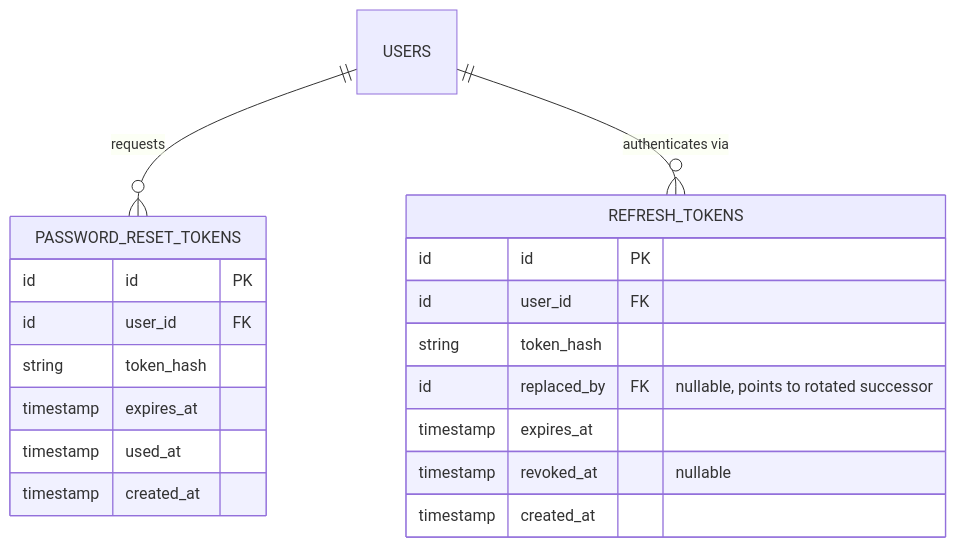
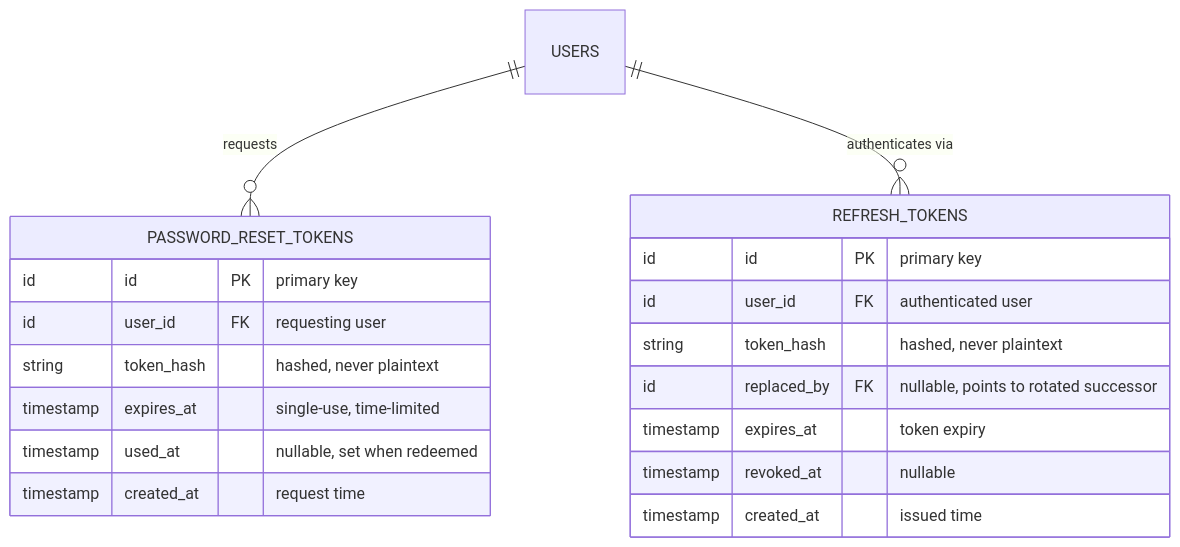
The fourth of 14 diagrams in DESIGN.md (eweinmanepam/Remediation-Engineer-Sample-Application), drawn with Mermaid before and after one commit. The commit also changed other lines of this file, not shown here.

First line of the commit message:
Fix "svg element not in render tree" by commenting every ER attribute

````diff
--- a/DESIGN.md
+++ b/DESIGN.md
@@ -292,24 +292,24 @@
 ```mermaid
 erDiagram
     USERS ||--o{ PASSWORD_RESET_TOKENS : requests
     USERS ||--o{ REFRESH_TOKENS : "authenticates via"
 
     PASSWORD_RESET_TOKENS {
-        id id PK
-        id user_id FK
-        string token_hash
-        timestamp expires_at
-        timestamp used_at
-        timestamp created_at
+        id id PK "primary key"
+        id user_id FK "requesting user"
+        string token_hash "hashed, never plaintext"
+        timestamp expires_at "single-use, time-limited"
+        timestamp used_at "nullable, set when redeemed"
+        timestamp created_at "request time"
     }
 
     REFRESH_TOKENS {
-        id id PK
-        id user_id FK
-        string token_hash
+        id id PK "primary key"
+        id user_id FK "authenticated user"
+        string token_hash "hashed, never plaintext"
         id replaced_by FK "nullable, points to rotated successor"
-        timestamp expires_at
+        timestamp expires_at "token expiry"
         timestamp revoked_at "nullable"
-        timestamp created_at
+        timestamp created_at "issued time"
     }
 ```
````
